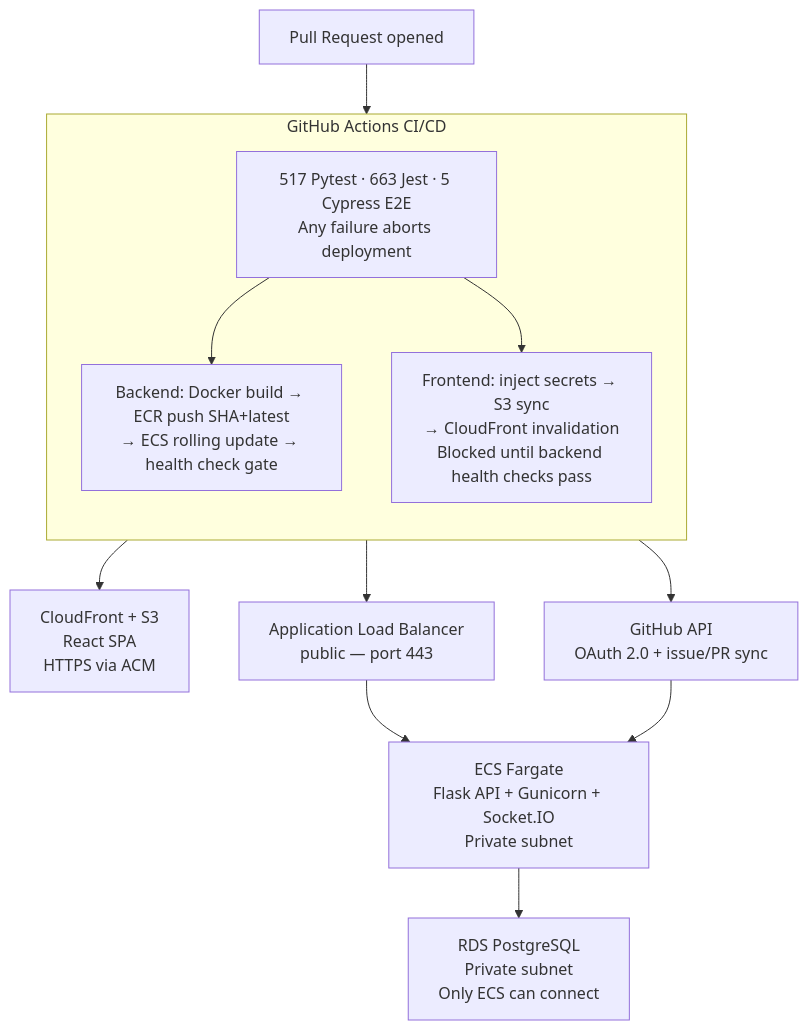
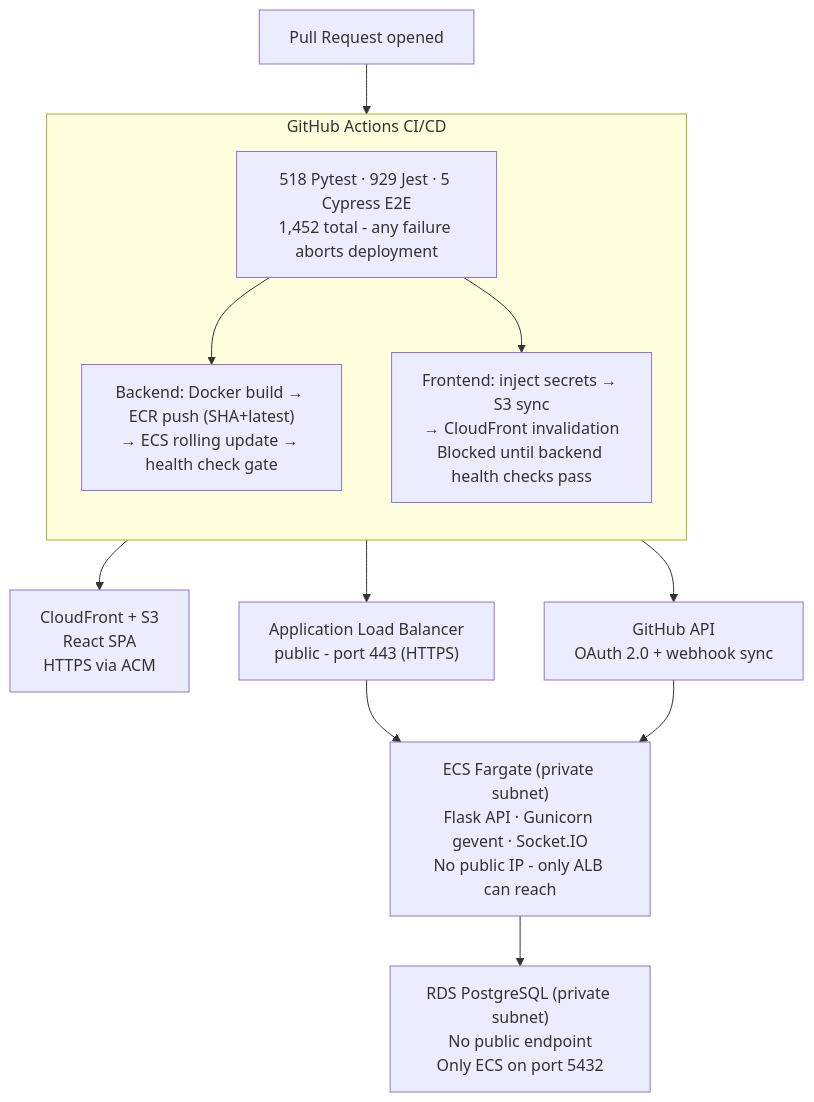
One commit to AhmedIkram05/devsync changed the first of 6 diagrams in README.md. Above: the diagram before and after it, drawn with Mermaid. The commit also changed other lines of this file, not shown here.

````diff
--- a/README.md
+++ b/README.md
@@ -48,26 +50,26 @@
 ```mermaid
 flowchart TD
     PR[Pull Request opened] --> CI
  
     subgraph CI["GitHub Actions CI/CD"]
         direction TB
-        tests["517 Pytest · 663 Jest · 5 Cypress E2E\nAny failure aborts deployment"]
-        tests --> be_deploy["Backend: Docker build → ECR push SHA+latest\n→ ECS rolling update → health check gate"]
+        tests["518 Pytest · 929 Jest · 5 Cypress E2E\n1,452 total - any failure aborts deployment"]
+        tests --> be_deploy["Backend: Docker build → ECR push (SHA+latest)\n→ ECS rolling update → health check gate"]
         tests --> fe_deploy["Frontend: inject secrets → S3 sync\n→ CloudFront invalidation\nBlocked until backend health checks pass"]
     end
  
     CI --> CF
     CI --> ALB
     CI --> GH
  
     CF["CloudFront + S3\nReact SPA\nHTTPS via ACM"]
-    ALB["Application Load Balancer\npublic — port 443"]
-    GH["GitHub API\nOAuth 2.0 + issue/PR sync"]
+    ALB["Application Load Balancer\npublic - port 443 (HTTPS)"]
+    GH["GitHub API\nOAuth 2.0 + webhook sync"]
  
     ALB --> ECS
     GH --> ECS
  
-    ECS["ECS Fargate\nFlask API + Gunicorn + Socket.IO\nPrivate subnet"]
+    ECS["ECS Fargate (private subnet)\nFlask API · Gunicorn gevent · Socket.IO\nNo public IP - only ALB can reach"]
  
-    ECS --> RDS["RDS PostgreSQL\nPrivate subnet\nOnly ECS can connect"]
+    ECS --> RDS["RDS PostgreSQL (private subnet)\nNo public endpoint\nOnly ECS on port 5432"]
 ```
````
